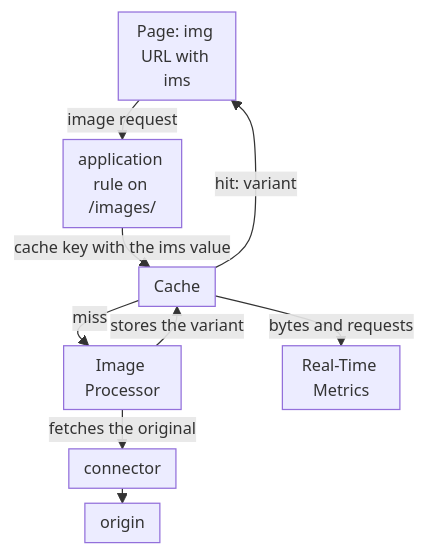
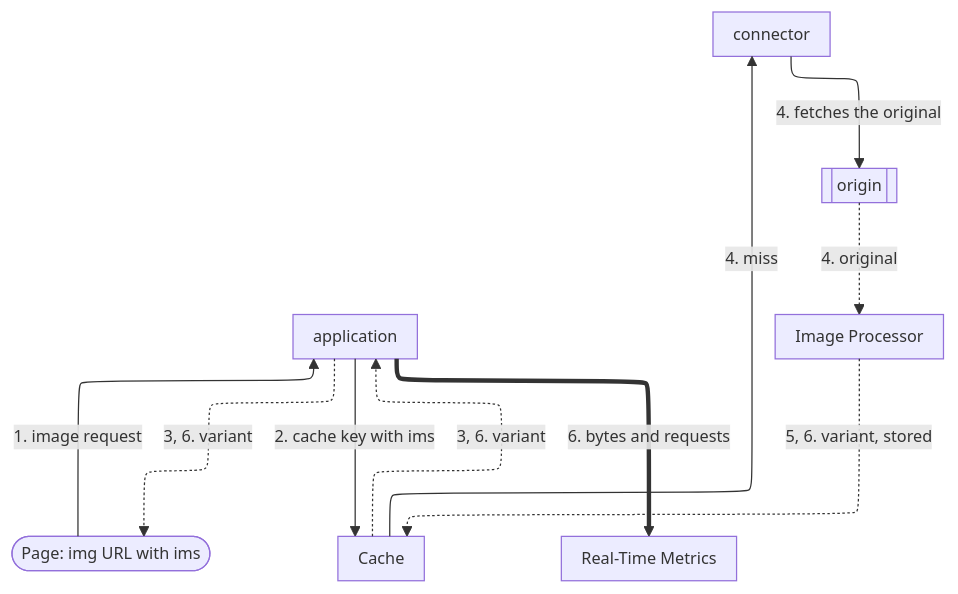
Before and after one commit to aziontech/docs: the diagram in apps/docs/src/content/docs/en/pages/use-cases/improve-performance-and-reliability/optimize-images-for-websites-and-mobile-apps.mdx, drawn with Mermaid. The commit also changed other lines of this file and 55 other files, not shown here.

Commit message:
docs(use-cases): redraw the use-case diagrams with the way back and check their claims (#2509)

````diff
--- a/apps/docs/src/content/docs/en/pages/use-cases/improve-performance-and-reliability/optimize-images-for-websites-and-mobile-apps.mdx
+++ b/apps/docs/src/content/docs/en/pages/use-cases/improve-performance-and-reliability/optimize-images-for-websites-and-mobile-apps.mdx
@@ -41,12 +43,20 @@
 ```mermaid
-%%{init: {"layout": "dagre", "themeVariables": {"fontSize": "13px"}, "flowchart": {"nodeSpacing": 12, "rankSpacing": 12, "padding": 6, "wrappingWidth": 70, "minNodeWidth": 40, "useMaxWidth": true}}}%%
+%%{init: {"layout": "elk", "themeVariables": {"fontSize": "13px"}, "flowchart": {"nodeSpacing": 24, "rankSpacing": 36, "padding": 8, "wrappingWidth": 150, "useMaxWidth": true}, "sequence": {"width": 120, "actorMargin": 30, "useMaxWidth": true}}}%%
 flowchart TD
-  Page["Page: img URL with ims"] -->|"image request"| Rule["application rule on /images/"]
-  Rule -->|"cache key with the ims value"| Cache["Cache"]
-  Cache -->|"hit: variant"| Page
-  Cache -->|"miss"| IP["Image Processor"]
-  IP -->|"fetches the original"| Conn["connector"]
-  Conn --> Origin["origin"]
-  IP -->|"stores the variant"| Cache
-  Cache -->|"bytes and requests"| RTM["Real-Time Metrics"]
+  Page(["Page: img URL with ims"])
+  App["application"]
+  Cache["Cache"]
+  Conn["connector"]
+  Origin[["origin"]]
+  IP["Image Processor"]
+  RTM["Real-Time Metrics"]
+  Page -->|"1. image request"| App
+  App -->|"2. cache key with ims"| Cache
+  Cache -->|"4. miss"| Conn
+  Conn -->|"4. fetches the original"| Origin
+  Origin -.->|"4. original"| IP
+  IP -.->|"5, 6. variant, stored"| Cache
+  Cache -.->|"3, 6. variant"| App
+  App -.->|"3, 6. variant"| Page
+  App ==>|"6. bytes and requests"| RTM
 ```
````
